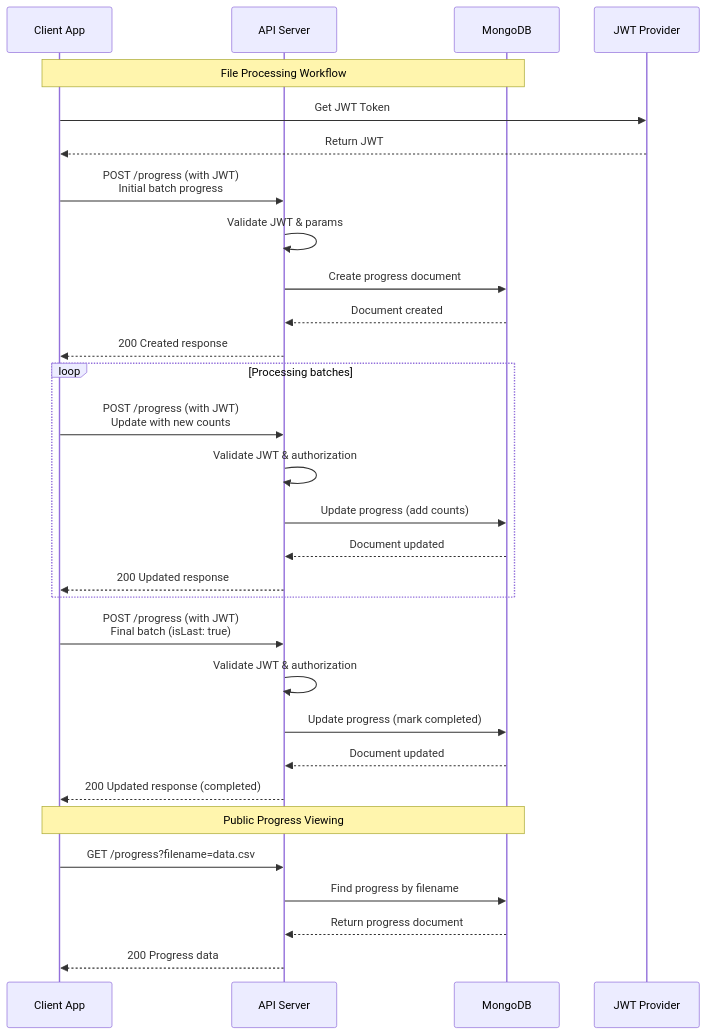
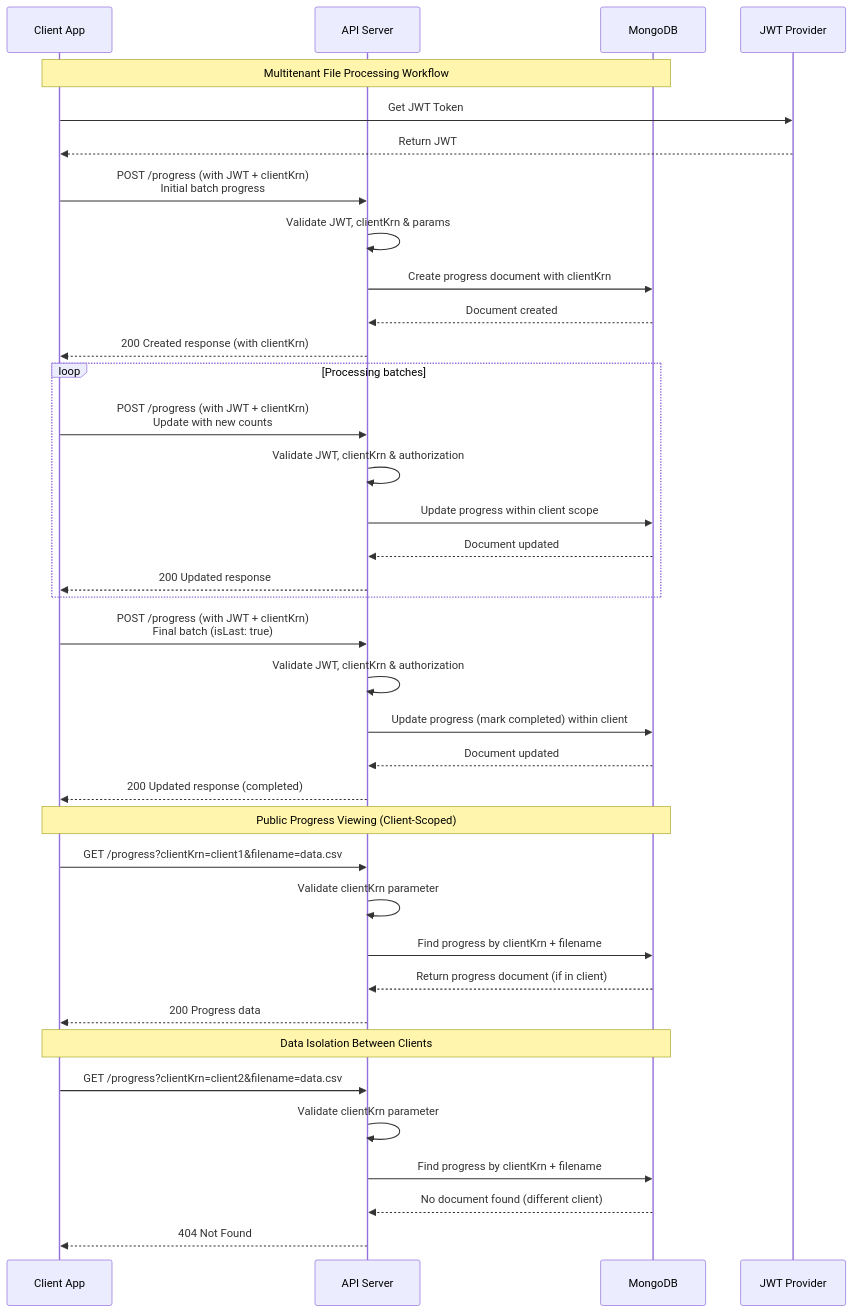
Before and after one commit to pirkus/pebbles: the second of 3 diagrams in use-cases.md, drawn with Mermaid. The commit also changed other lines of this file and 12 other files, not shown here.

````diff
--- a/use-cases.md
+++ b/use-cases.md
@@ -45,39 +47,48 @@
 ```mermaid
 sequenceDiagram
     participant C as Client App
     participant A as API Server
     participant D as MongoDB
     participant J as JWT Provider
     
-    Note over C,D: File Processing Workflow
+    Note over C,D: Multitenant File Processing Workflow
     
     C->>J: Get JWT Token
     J-->>C: Return JWT
     
-    C->>A: POST /progress (with JWT)<br/>Initial batch progress
-    A->>A: Validate JWT & params
-    A->>D: Create progress document
+    C->>A: POST /progress (with JWT + clientKrn)<br/>Initial batch progress
+    A->>A: Validate JWT, clientKrn & params
+    A->>D: Create progress document with clientKrn
     D-->>A: Document created
-    A-->>C: 200 Created response
+    A-->>C: 200 Created response (with clientKrn)
     
     loop Processing batches
-        C->>A: POST /progress (with JWT)<br/>Update with new counts
-        A->>A: Validate JWT & authorization
-        A->>D: Update progress (add counts)
+        C->>A: POST /progress (with JWT + clientKrn)<br/>Update with new counts
+        A->>A: Validate JWT, clientKrn & authorization
+        A->>D: Update progress within client scope
         D-->>A: Document updated
         A-->>C: 200 Updated response
     end
     
-    C->>A: POST /progress (with JWT)<br/>Final batch (isLast: true)
-    A->>A: Validate JWT & authorization
-    A->>D: Update progress (mark completed)
+    C->>A: POST /progress (with JWT + clientKrn)<br/>Final batch (isLast: true)
+    A->>A: Validate JWT, clientKrn & authorization
+    A->>D: Update progress (mark completed) within client
     D-->>A: Document updated
     A-->>C: 200 Updated response (completed)
     
-    Note over C,D: Public Progress Viewing
+    Note over C,D: Public Progress Viewing (Client-Scoped)
     
-    C->>A: GET /progress?filename=data.csv
-    A->>D: Find progress by filename
-    D-->>A: Return progress document
+    C->>A: GET /progress?clientKrn=client1&filename=data.csv
+    A->>A: Validate clientKrn parameter
+    A->>D: Find progress by clientKrn + filename
+    D-->>A: Return progress document (if in client)
     A-->>C: 200 Progress data
+    
+    Note over C,D: Data Isolation Between Clients
+    
+    C->>A: GET /progress?clientKrn=client2&filename=data.csv
+    A->>A: Validate clientKrn parameter
+    A->>D: Find progress by clientKrn + filename
+    D-->>A: No document found (different client)
+    A-->>C: 404 Not Found
 ```
````
